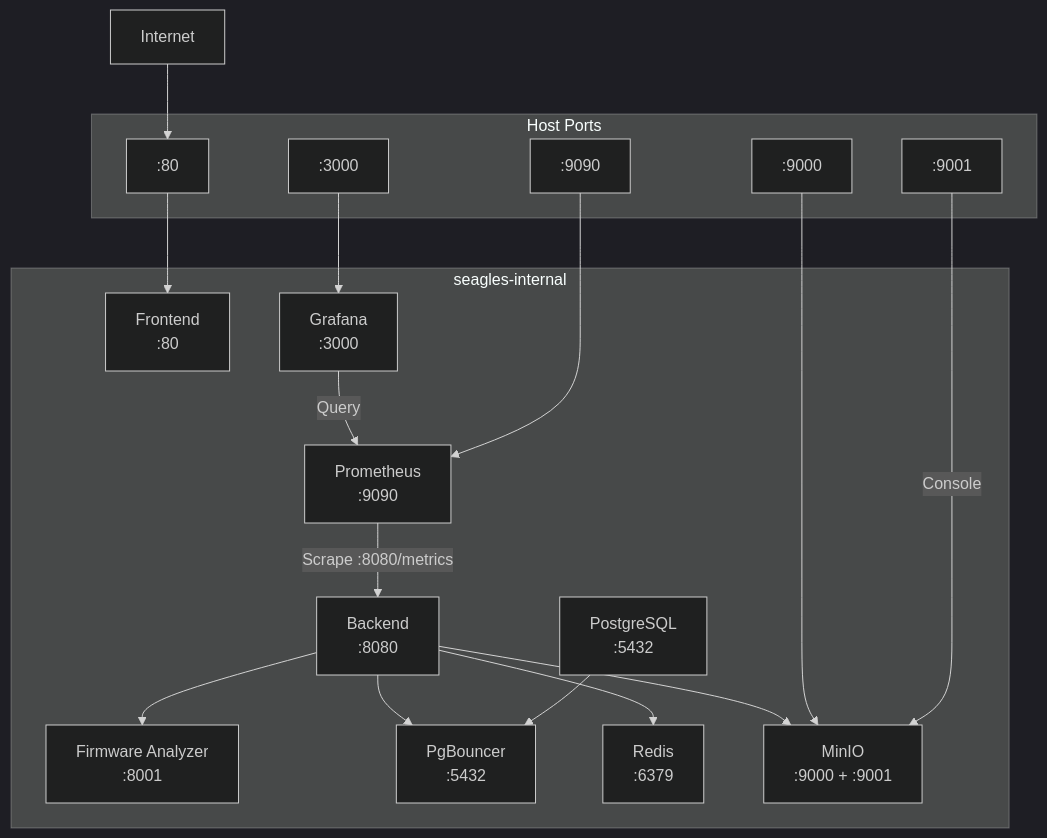
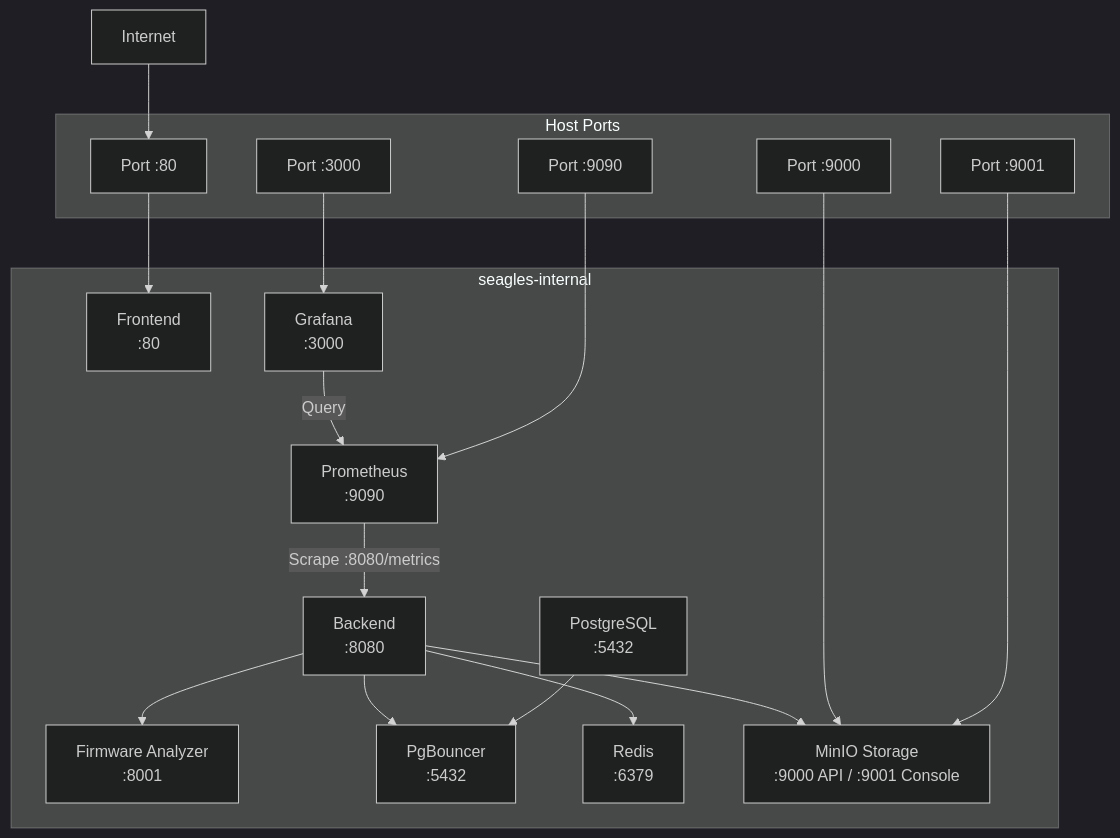
Before and after one commit to Nciibi/seagles: the fifth of 7 diagrams in docs/architecture.md, drawn with Mermaid (dark theme).

````diff
--- a/docs/architecture.md
+++ b/docs/architecture.md
@@ -302,32 +302,32 @@
 ```mermaid
 graph TB
     subgraph "seagles-internal"
         Backend[Backend<br/>:8080]
         Frontend[Frontend<br/>:80]
         FA[Firmware Analyzer<br/>:8001]
         Postgres[PostgreSQL<br/>:5432]
         PgB[PgBouncer<br/>:5432]
         Redis[Redis<br/>:6379]
-        MinIO[MinIO<br/>:9000 + :9001]
+        MinIO[MinIO Storage<br/>:9000 API / :9001 Console]
         Prom[Prometheus<br/>:9090]
         Grafana[Grafana<br/>:3000]
 
         Backend --> PgB
         Backend --> Redis
         Backend --> MinIO
         Backend --> FA
         Postgres --> PgB
         Prom -->|Scrape :8080/metrics| Backend
         Grafana -->|Query| Prom
     end
 
     subgraph "Host Ports"
-        H80[":80"] --> Frontend
-        H3000[":3000"] --> Grafana
-        H9000[":9000"] --> MinIO
-        H9001[":9001"] -->|Console| MinIO
-        H9090[":9090"] --> Prom
+        H80["Port :80"] --> Frontend
+        H3000["Port :3000"] --> Grafana
+        H9000["Port :9000"] --> MinIO
+        H9001["Port :9001"] --> MinIO
+        H9090["Port :9090"] --> Prom
     end
 
     Internet --> H80
 ```
````
